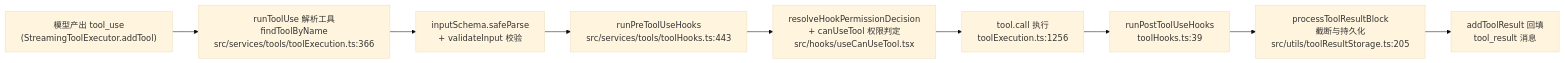
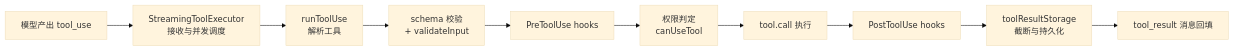
One commit to c926694/obsidian_note changed the first of 5 diagrams in agent/learn-cc/tool.md. Above: the diagram before and after it, drawn with Mermaid (base theme). The commit also changed other lines of this file and 6 other files, not shown here.

````diff
--- a/agent/learn-cc/tool.md
+++ b/agent/learn-cc/tool.md
@@ -7,13 +7,14 @@
 ```mermaid
 flowchart LR
-    M["模型产出 tool_use<br/>(StreamingToolExecutor.addTool)"]
-    R["runToolUse 解析工具<br/>findToolByName<br/>src/services/tools/toolExecution.ts:366"]
-    Z["inputSchema.safeParse<br/>+ validateInput 校验"]
-    H["runPreToolUseHooks<br/>src/services/tools/toolHooks.ts:443"]
-    P["resolveHookPermissionDecision<br/>+ canUseTool 权限判定<br/>src/hooks/useCanUseTool.tsx"]
-    C["tool.call 执行<br/>toolExecution.ts:1256"]
-    PH["runPostToolUseHooks<br/>toolHooks.ts:39"]
-    S["processToolResultBlock<br/>截断与持久化<br/>src/utils/toolResultStorage.ts:205"]
-    B["addToolResult 回填<br/>tool_result 消息"]
-    M --> R --> Z --> H --> P --> C --> PH --> S --> B
+    M["模型产出 tool_use"]
+    S["StreamingToolExecutor<br/>接收与并发调度"]
+    R["runToolUse<br/>解析工具"]
+    V["schema 校验<br/>+ validateInput"]
+    H1["PreToolUse hooks"]
+    P["权限判定<br/>canUseTool"]
+    C["tool.call 执行"]
+    H2["PostToolUse hooks"]
+    T["toolResultStorage<br/>截断与持久化"]
+    B["tool_result 消息回填"]
+    M --> S --> R --> V --> H1 --> P --> C --> H2 --> T --> B
 ```
````
